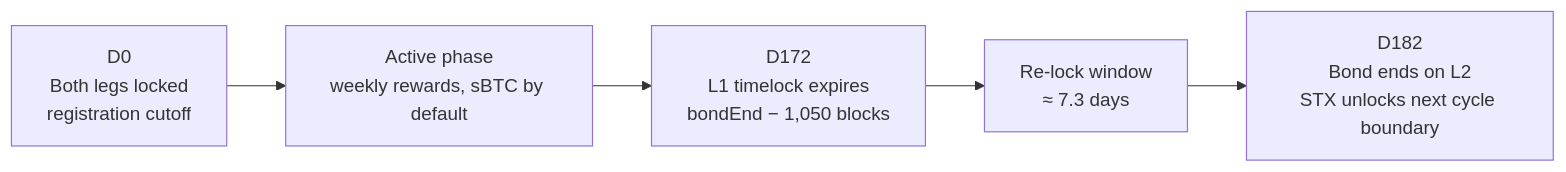
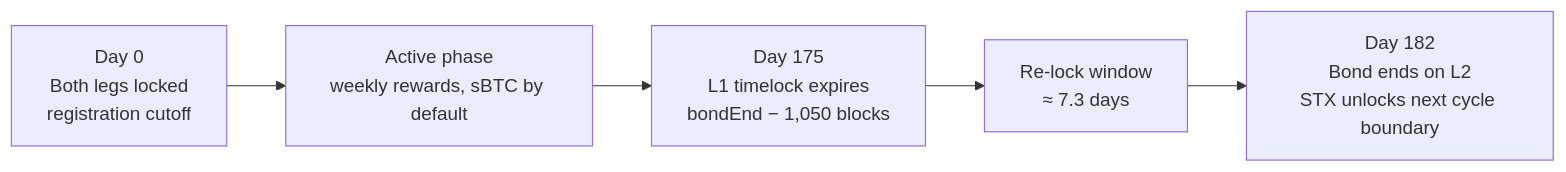
Before and after one commit to stacks-network/docs: the first of 4 diagrams in docs/pox-5/concepts.md, drawn with Mermaid. The commit also changed other lines of this file and 2 other files, not shown here.

Commit message:
GITBOOK-16: Concepts repair: restore CR8 fixes, and Day 0 / Day 175 / Day 182 across the section

````diff
--- a/docs/pox-5/concepts.md
+++ b/docs/pox-5/concepts.md
@@ -29,7 +29,7 @@
 ```mermaid
 flowchart LR
-    D0["D0<br/>Both legs locked<br/>registration cutoff"] --> ACT["Active phase<br/>weekly rewards, sBTC by default"]
-    ACT --> D172["D172<br/>L1 timelock expires<br/>bondEnd − 1,050 blocks"]
-    D172 --> RL["Re-lock window<br/>≈ 7.3 days"]
-    RL --> D182["D182<br/>Bond ends on L2<br/>STX unlocks next cycle boundary"]
+    DAY0["Day 0<br/>Both legs locked<br/>registration cutoff"] --> ACT["Active phase<br/>weekly rewards, sBTC by default"]
+    ACT --> DAY175["Day 175<br/>L1 timelock expires<br/>bondEnd − 1,050 blocks"]
+    DAY175 --> RL["Re-lock window<br/>≈ 7.3 days"]
+    RL --> DAY182["Day 182<br/>Bond ends on L2<br/>STX unlocks next cycle boundary"]
 ```
````
